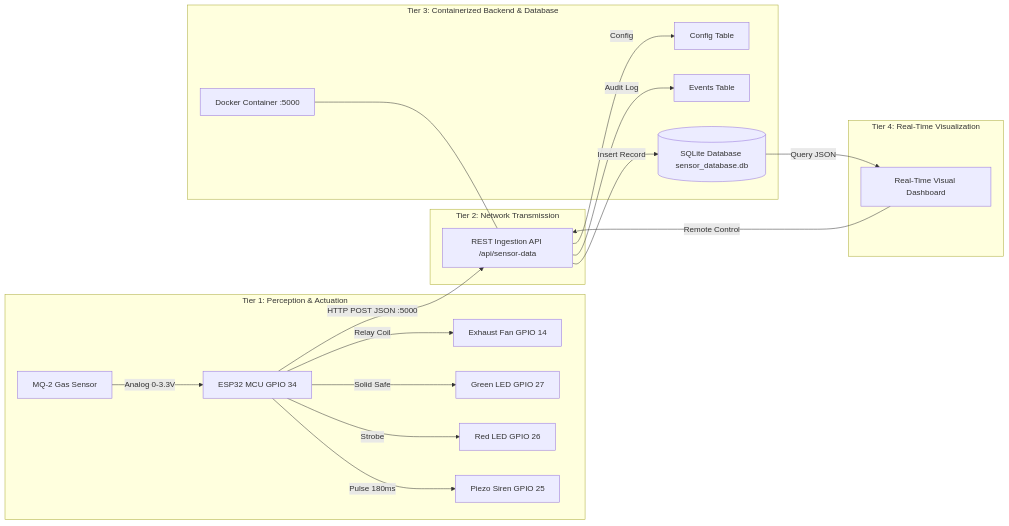
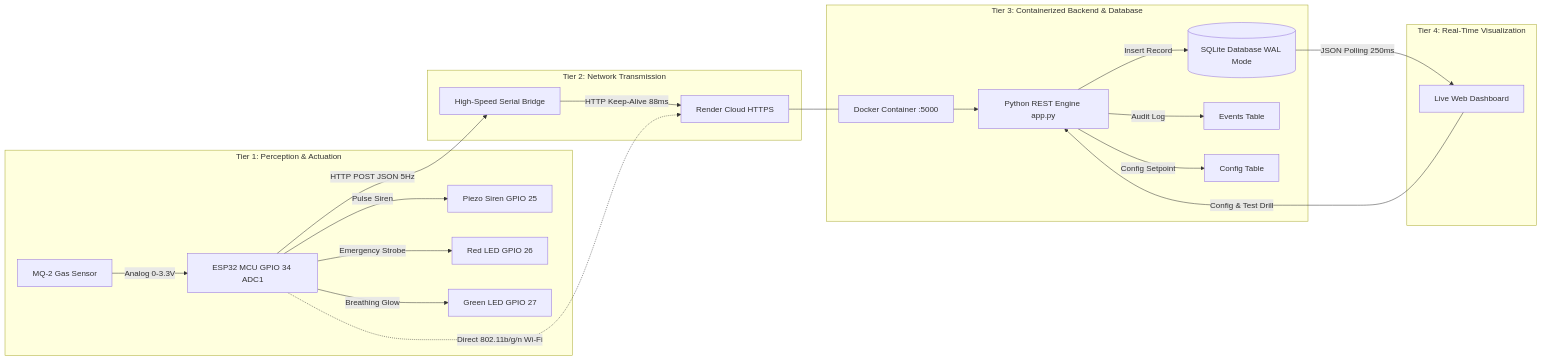
The first of 2 diagrams in PROJECT_REPORT.md (subinjoseph002/Aura-gasguard), drawn with Mermaid before and after one commit. The commit also changed other lines of this file, not shown here.

Commit message:
Add comprehensive engineering report and architectural specification

````diff
--- a/PROJECT_REPORT.md
+++ b/PROJECT_REPORT.md
@@ -28,26 +45,28 @@
 ```mermaid
 graph LR
     subgraph Tier 1: Perception & Actuation
-        MQ[MQ-2 Gas Sensor] -->|Analog 0-3.3V| ESP[ESP32 MCU GPIO 34]
-        ESP -->|Pulse 180ms| BZ[Piezo Siren GPIO 25]
-        ESP -->|Strobe| RLED[Red LED GPIO 26]
-        ESP -->|Solid Safe| GLED[Green LED GPIO 27]
-        ESP -->|Relay Coil| RELAY[Exhaust Fan GPIO 14]
+        MQ[MQ-2 Gas Sensor] -->|Analog 0-3.3V| ESP[ESP32 MCU GPIO 34 ADC1]
+        ESP -->|Pulse Siren| BZ[Piezo Siren GPIO 25]
+        ESP -->|Emergency Strobe| RLED[Red LED GPIO 26]
+        ESP -->|Breathing Glow| GLED[Green LED GPIO 27]
     end
 
     subgraph Tier 2: Network Transmission
-        ESP -->|HTTP POST JSON :5000| API[REST Ingestion API /api/sensor-data]
+        ESP -->|HTTP POST JSON 5Hz| BRIDGE[High-Speed Serial Bridge]
+        BRIDGE -->|HTTP Keep-Alive 88ms| CLOUD[Render Cloud HTTPS]
+        ESP -.->|Direct 802.11b/g/n Wi-Fi| CLOUD
     end
 
     subgraph Tier 3: Containerized Backend & Database
-        DOCKER[Docker Container :5000] --- API
-        API -->|Insert Record| DB[(SQLite Database sensor_database.db)]
+        CLOUD --- DOCKER[Docker Container :5000]
+        DOCKER --> API[Python REST Engine app.py]
+        API -->|Insert Record| DB[(SQLite Database WAL Mode)]
         API -->|Audit Log| EV[Events Table]
-        API -->|Config| CFG[Config Table]
+        API -->|Config Setpoint| CFG[Config Table]
     end
 
     subgraph Tier 4: Real-Time Visualization
-        DB -->|Query JSON| DASH[Real-Time Visual Dashboard]
-        DASH -->|Remote Control| API
+        DB -->|JSON Polling 250ms| DASH[Live Web Dashboard]
+        DASH -->|Config & Test Drill| API
     end
 ```
````
